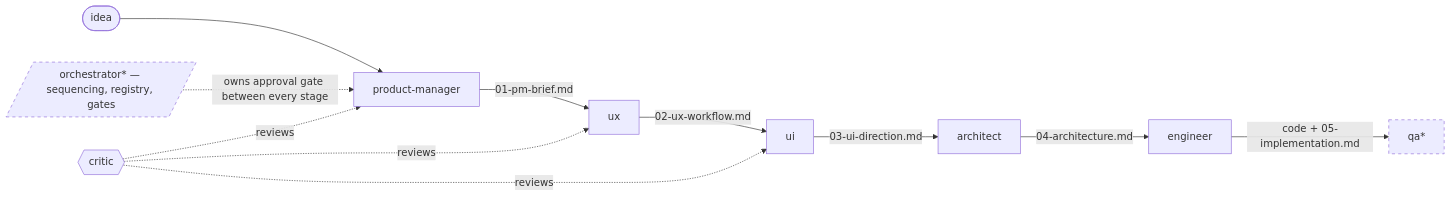
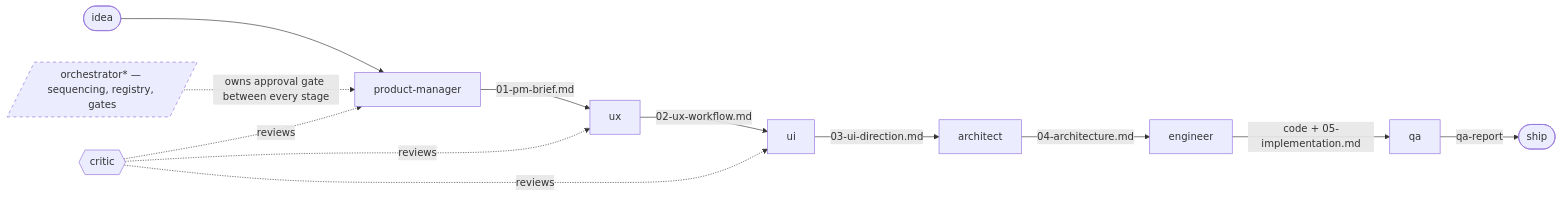
The diagram in ARCHITECTURE.md (BrettSEvans/Agent-C), drawn with Mermaid before and after one commit. The commit also changed other lines of this file and 1 other file, not shown here.

````diff
--- a/ARCHITECTURE.md
+++ b/ARCHITECTURE.md
@@ -71,19 +75,20 @@
 ```mermaid
 flowchart LR
     seed([idea]) --> PM[product-manager]
     PM -->|01-pm-brief.md| UX[ux]
     UX -->|02-ux-workflow.md| UI[ui]
     UI -->|03-ui-direction.md| ARCH[architect]
     ARCH -->|04-architecture.md| ENG[engineer]
-    ENG -->|code + 05-implementation.md| QA[qa*]
+    ENG -->|code + 05-implementation.md| QA[qa]
+    QA -->|qa-report| ship([ship])
 
     CRITIC{{critic}} -.reviews.-> PM
     CRITIC -.reviews.-> UX
     CRITIC -.reviews.-> UI
 
     ORCH[/orchestrator* — sequencing, registry, gates/]
     ORCH -.owns approval gate between every stage.-> PM
 
     classDef todo stroke-dasharray: 5 5;
-    class QA,ORCH todo;
+    class ORCH todo;
 ```
````
